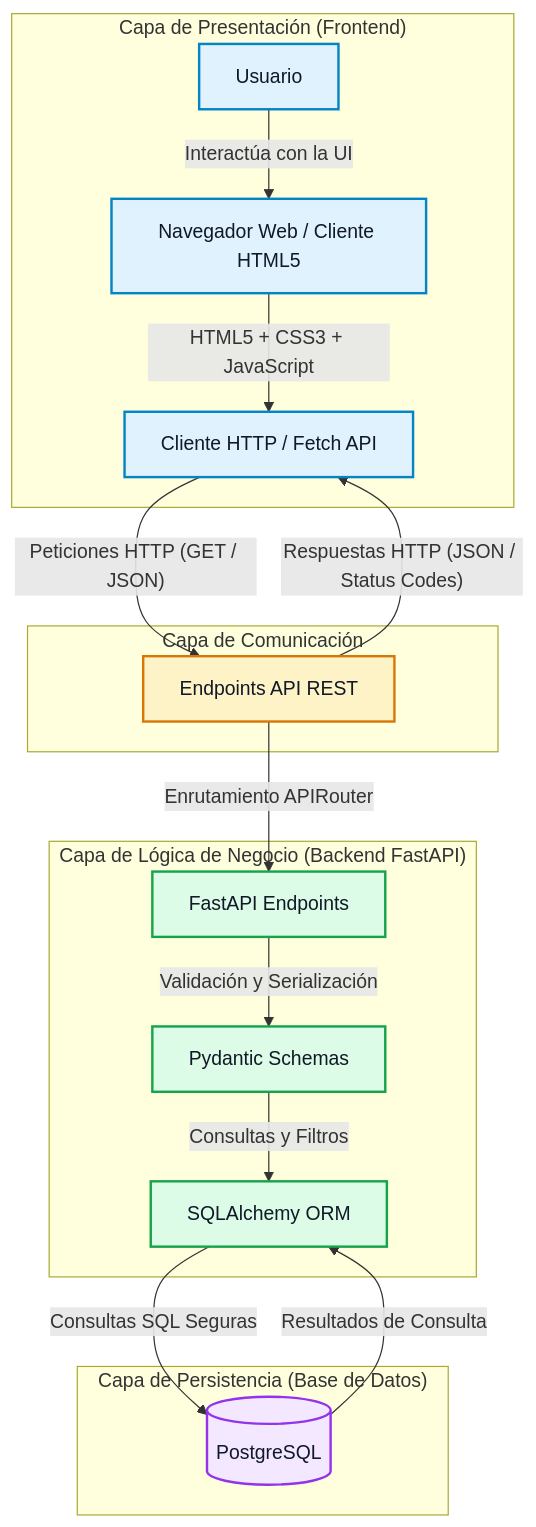
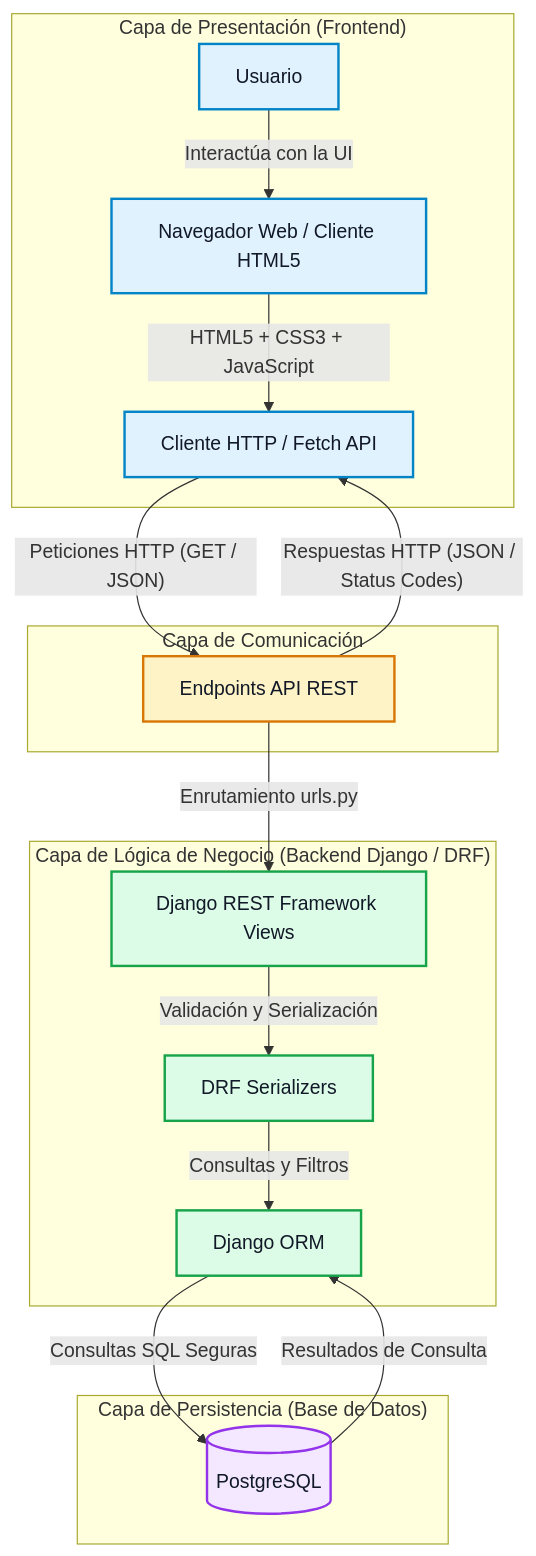
One commit to Darksam03/RuralConecta-ProyectoWeb changed the first of 3 diagrams in docs/arquitectura/especificacion-tecnica.md. Above: the diagram before and after it, drawn with Mermaid. The commit also changed other lines of this file and 5 other files, not shown here.

````diff
--- a/docs/arquitectura/especificacion-tecnica.md
+++ b/docs/arquitectura/especificacion-tecnica.md
@@ -134,33 +134,33 @@
 ```mermaid
 graph TD
     subgraph "Capa de Presentación (Frontend)"
         A["Usuario"] -->|"Interactúa con la UI"| B["Navegador Web / Cliente HTML5"]
         B -->|"HTML5 + CSS3 + JavaScript"| C["Cliente HTTP / Fetch API"]
     end
 
     subgraph "Capa de Comunicación"
         C -->|"Peticiones HTTP (GET / JSON)"| D["Endpoints API REST"]
         D -->|"Respuestas HTTP (JSON / Status Codes)"| C
     end
 
-    subgraph "Capa de Lógica de Negocio (Backend FastAPI)"
-        D -->|"Enrutamiento APIRouter"| E["FastAPI Endpoints"]
-        E -->|"Validación y Serialización"| F["Pydantic Schemas"]
-        F -->|"Consultas y Filtros"| G["SQLAlchemy ORM"]
+    subgraph "Capa de Lógica de Negocio (Backend Django / DRF)"
+        D -->|"Enrutamiento urls.py"| E["Django REST Framework Views"]
+        E -->|"Validación y Serialización"| F["DRF Serializers"]
+        F -->|"Consultas y Filtros"| G["Django ORM"]
     end
 
     subgraph "Capa de Persistencia (Base de Datos)"
         G -->|"Consultas SQL Seguras"| H[("PostgreSQL")]
         H -->|"Resultados de Consulta"| G
     end
 
     classDef client fill:#e0f2fe,stroke:#0284c7,stroke-width:2px,color:#111827;
     classDef comm fill:#fef3c7,stroke:#d97706,stroke-width:2px,color:#111827;
     classDef server fill:#dcfce7,stroke:#16a34a,stroke-width:2px,color:#111827;
     classDef db fill:#f3e8ff,stroke:#9333ea,stroke-width:2px,color:#111827;
 
     class A,B,C client;
     class D comm;
     class E,F,G server;
     class H db;
 ```
````
